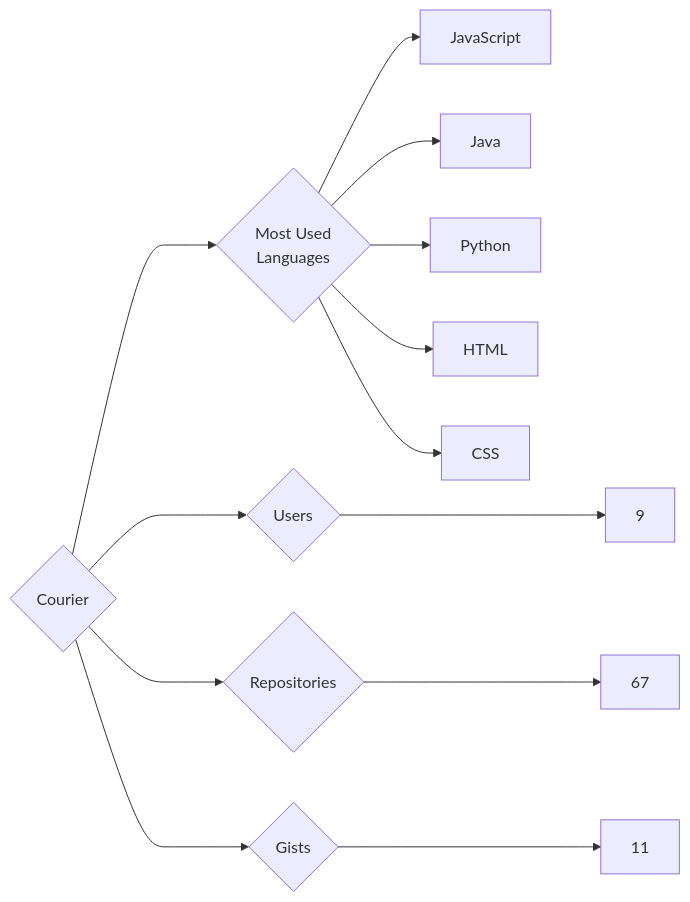
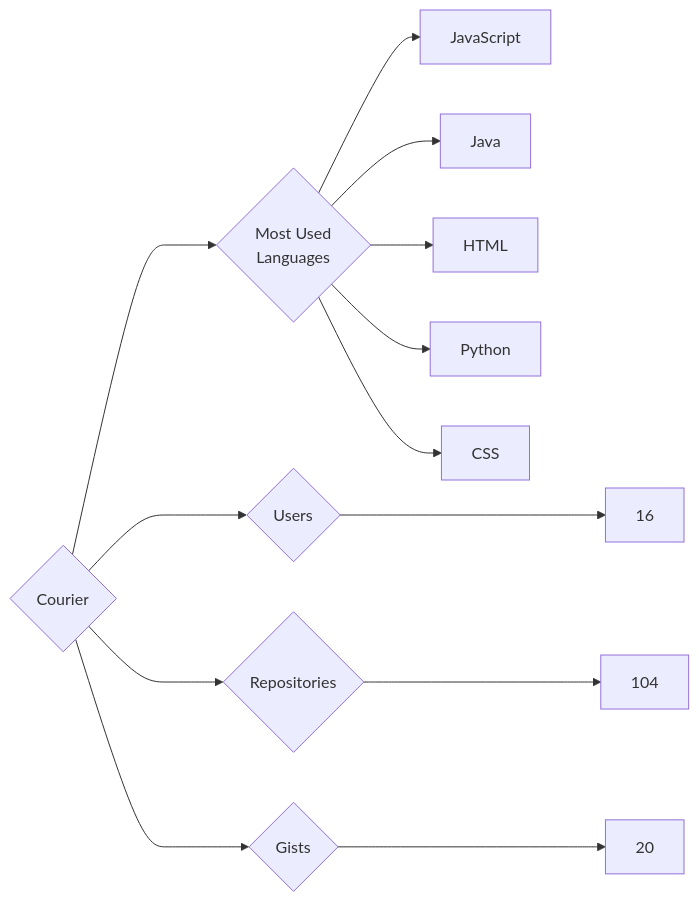
One commit to trickest/insiders changed the diagram in targets/Courier/README.md. Above: the diagram before and after it, drawn with Mermaid. The commit also changed 610 other files, not shown here.

````diff
--- a/targets/Courier/README.md
+++ b/targets/Courier/README.md
@@ -3,13 +3,13 @@
 ```mermaid
 graph LR
 COMPANY_NAME{Courier}
-COMPANY_NAME ---> U{Users} ---> UN[9]
-COMPANY_NAME ---> R{Repositories} ---> RN[67]
-COMPANY_NAME ---> G{Gists} ---> GN[11]
+COMPANY_NAME ---> U{Users} ---> UN[16]
+COMPANY_NAME ---> R{Repositories} ---> RN[104]
+COMPANY_NAME ---> G{Gists} ---> GN[20]
 COMPANY_NAME ---> ML{Most Used<br>Languages}
 ML --> JavaScript[JavaScript]
 ML --> Java[Java]
+ML --> HTML[HTML]
 ML --> Python[Python]
-ML --> HTML[HTML]
 ML --> CSS[CSS]
 ```
````
